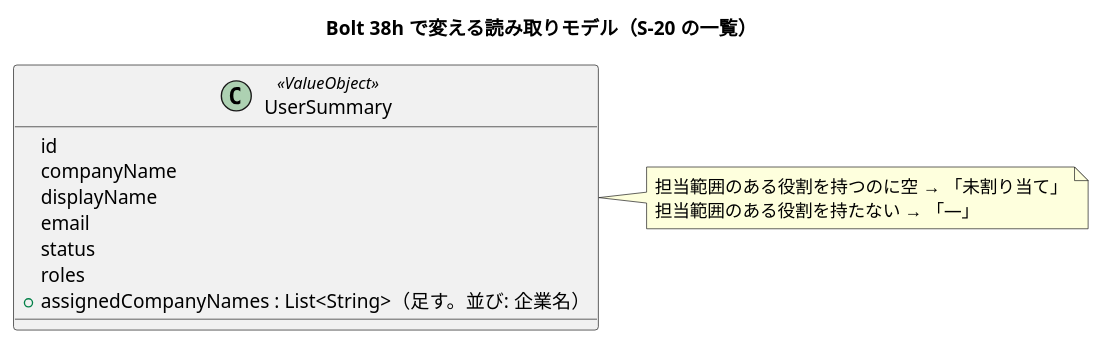
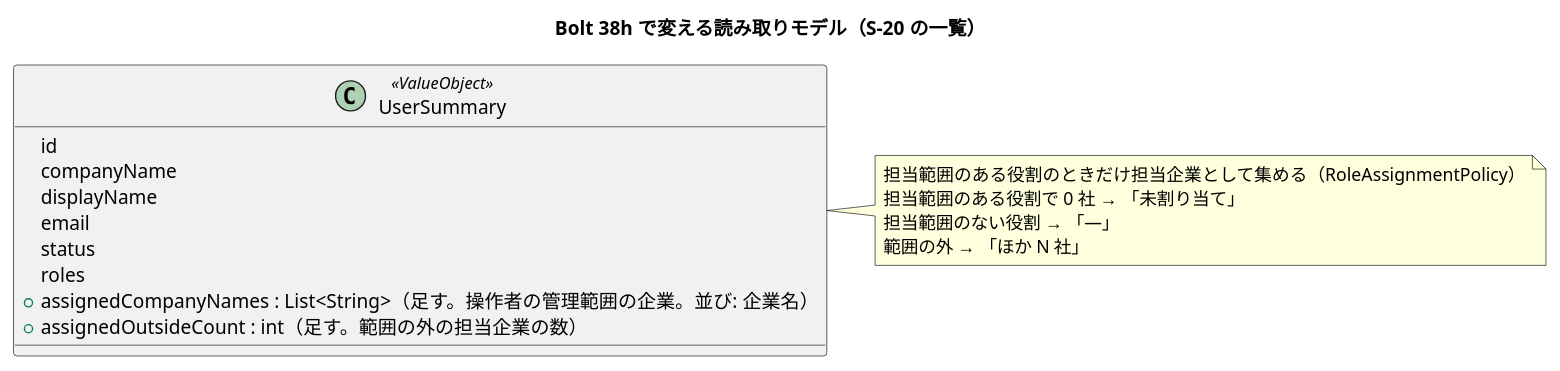
One commit to k2works/practical-domain-driven-design-in-enterpris-application changed the diagram in docs/development/cargo-tracker/bolt_38h_plan.md. Above: the diagram before and after it, drawn with PlantUML. The commit also changed other lines of this file and 1 other file, not shown here.

````diff
--- a/docs/development/cargo-tracker/bolt_38h_plan.md
+++ b/docs/development/cargo-tracker/bolt_38h_plan.md
@@ -103,18 +114,21 @@
 ```plantuml
 @startuml
 title Bolt 38h で変える読み取りモデル（S-20 の一覧）
 class UserSummary <<ValueObject>> {
   id
   companyName
   displayName
   email
   status
   roles
-  + assignedCompanyNames : List<String>（足す。並び: 企業名）
+  + assignedCompanyNames : List<String>（足す。操作者の管理範囲の企業。並び: 企業名）
+  + assignedOutsideCount : int（足す。範囲の外の担当企業の数）
 }
 note right of UserSummary
-  担当範囲のある役割を持つのに空 → 「未割り当て」
-  担当範囲のある役割を持たない → 「—」
+  担当範囲のある役割のときだけ担当企業として集める（RoleAssignmentPolicy）
+  担当範囲のある役割で 0 社 → 「未割り当て」
+  担当範囲のない役割 → 「—」
+  範囲の外 → 「ほか N 社」
 end note
 @enduml
 ```
````
